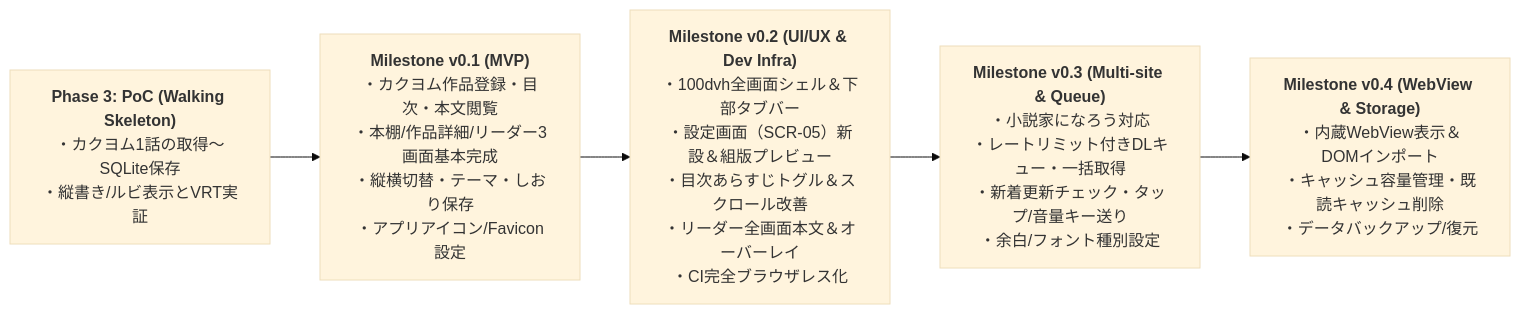
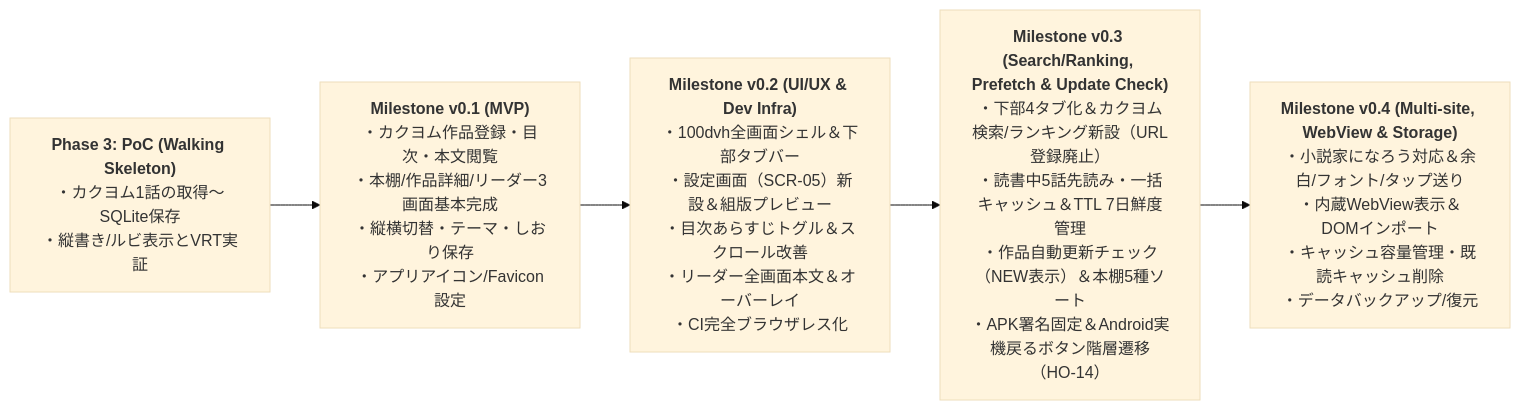
The diagram in docs/specs/requirements.md (high-soar/Yommy), drawn with Mermaid (base theme) before and after one commit. The commit also changed other lines of this file and 1 other file, not shown here.

Commit message:
docs(specs): Milestone v0.3のロードマップ・対象要件更新および申し送りHO-14解決先リンク設定（Refs #82）

````diff
--- a/docs/specs/requirements.md
+++ b/docs/specs/requirements.md
@@ -117,10 +117,10 @@
 ```mermaid
 flowchart LR
     PoC["<b>Phase 3: PoC (Walking Skeleton)</b><br>・カクヨム1話の取得〜SQLite保存<br>・縦書き/ルビ表示とVRT実証"]
     M1["<b>Milestone v0.1 (MVP)</b><br>・カクヨム作品登録・目次・本文閲覧<br>・本棚/作品詳細/リーダー3画面基本完成<br>・縦横切替・テーマ・しおり保存<br>・アプリアイコン/Favicon設定"]
     M2["<b>Milestone v0.2 (UI/UX & Dev Infra)</b><br>・100dvh全画面シェル＆下部タブバー<br>・設定画面（SCR-05）新設＆組版プレビュー<br>・目次あらすじトグル＆スクロール改善<br>・リーダー全画面本文＆オーバーレイ<br>・CI完全ブラウザレス化"]
-    M3["<b>Milestone v0.3 (Multi-site & Queue)</b><br>・小説家になろう対応<br>・レートリミット付きDLキュー・一括取得<br>・新着更新チェック・タップ/音量キー送り<br>・余白/フォント種別設定"]
-    M4["<b>Milestone v0.4 (WebView & Storage)</b><br>・内蔵WebView表示＆DOMインポート<br>・キャッシュ容量管理・既読キャッシュ削除<br>・データバックアップ/復元"]
+    M3["<b>Milestone v0.3 (Search/Ranking, Prefetch & Update Check)</b><br>・下部4タブ化＆カクヨム検索/ランキング新設（URL登録廃止）<br>・読書中5話先読み・一括キャッシュ＆TTL 7日鮮度管理<br>・作品自動更新チェック（NEW表示）＆本棚5種ソート<br>・APK署名固定＆Android実機戻るボタン階層遷移（HO-14）"]
+    M4["<b>Milestone v0.4 (Multi-site, WebView & Storage)</b><br>・小説家になろう対応＆余白/フォント/タップ送り<br>・内蔵WebView表示＆DOMインポート<br>・キャッシュ容量管理・既読キャッシュ削除<br>・データバックアップ/復元"]
 
     PoC --> M1 --> M2 --> M3 --> M4
 ```
````
